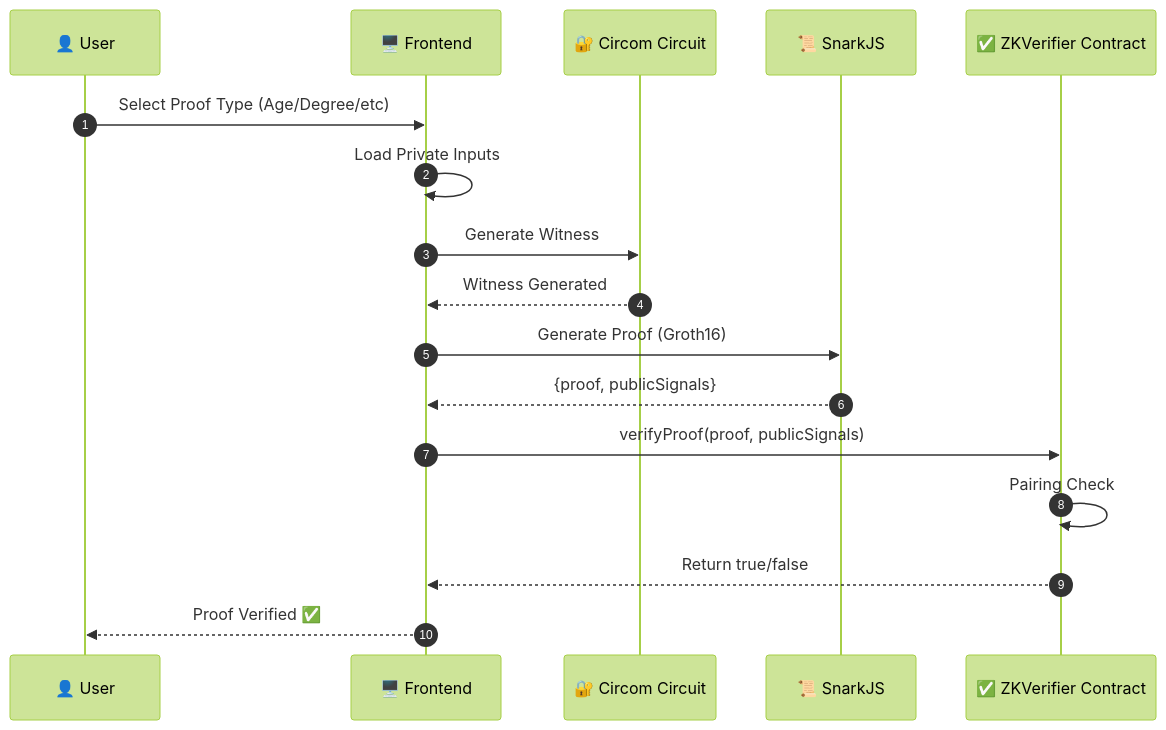
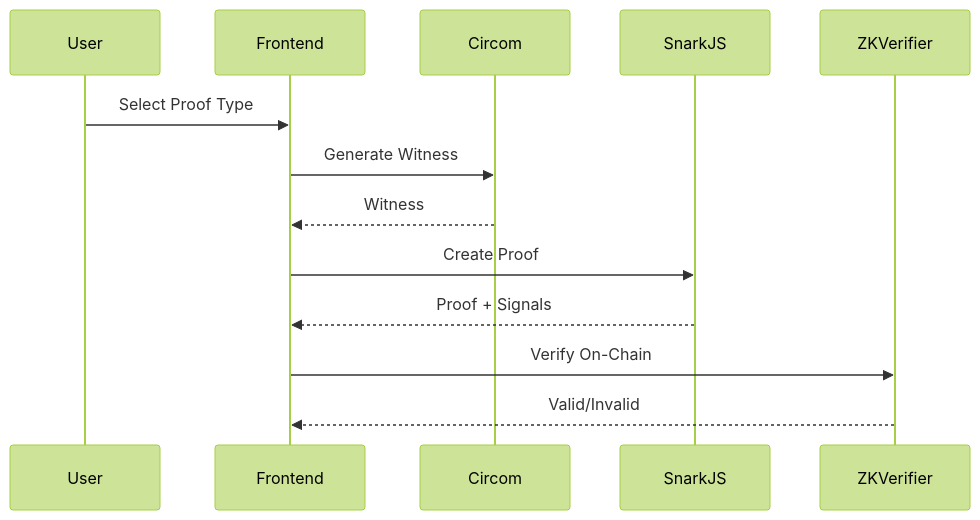
One commit to yashodipmore/VeriChain-Identity-Protocol changed the fourth of 10 diagrams in Archiecture.md. Above: the diagram before and after it, drawn with Mermaid (forest theme). The commit also changed other lines of this file, not shown here.

````diff
--- a/Archiecture.md
+++ b/Archiecture.md
@@ -126,20 +74,10 @@
 ```mermaid
 sequenceDiagram
-    autonumber
-    participant U as 👤 User
-    participant F as 🖥️ Frontend
-    participant C as 🔐 Circom Circuit
-    participant S as 📜 SnarkJS
-    participant V as ✅ ZKVerifier Contract
-
-    U->>F: Select Proof Type (Age/Degree/etc)
-    F->>F: Load Private Inputs
-    F->>C: Generate Witness
-    C-->>F: Witness Generated
-    F->>S: Generate Proof (Groth16)
-    S-->>F: {proof, publicSignals}
-    F->>V: verifyProof(proof, publicSignals)
-    V->>V: Pairing Check
-    V-->>F: Return true/false
-    F-->>U: Proof Verified ✅
+    User->>Frontend: Select Proof Type
+    Frontend->>Circom: Generate Witness
+    Circom-->>Frontend: Witness
+    Frontend->>SnarkJS: Create Proof
+    SnarkJS-->>Frontend: Proof + Signals
+    Frontend->>ZKVerifier: Verify On-Chain
+    ZKVerifier-->>Frontend: Valid/Invalid
 ```
````
